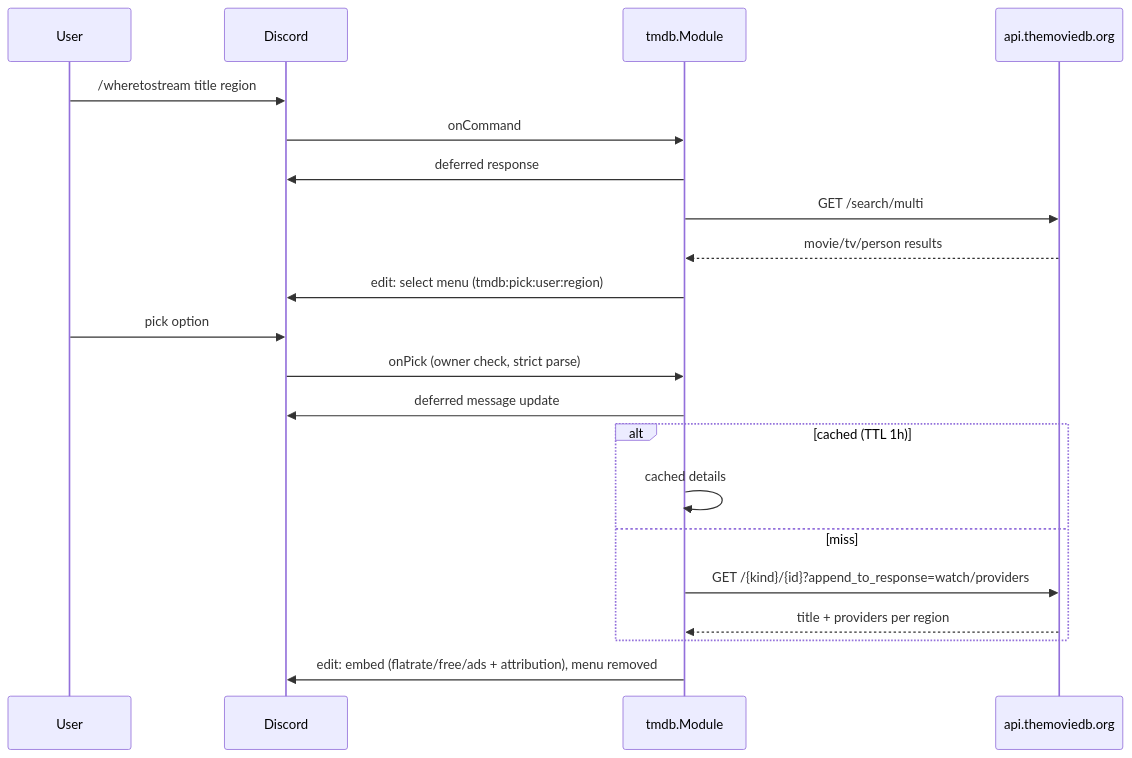
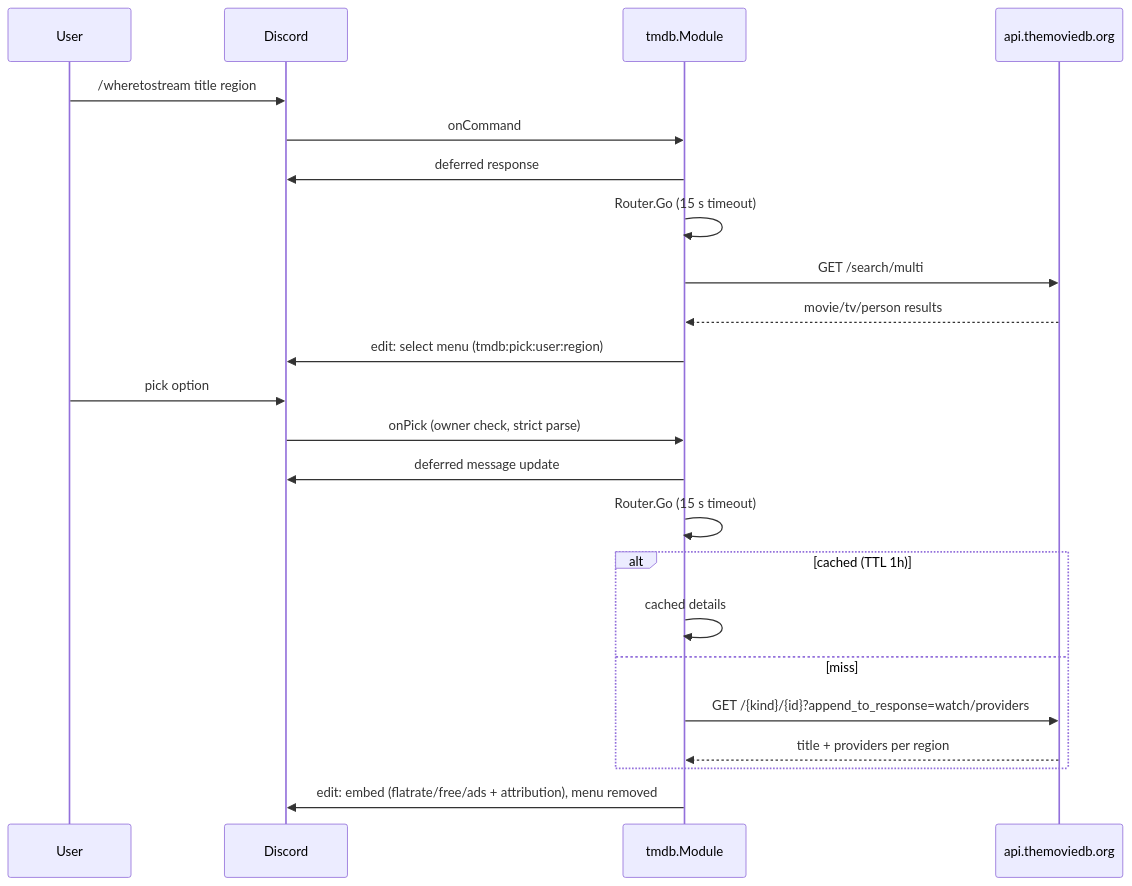
The diagram in docs/modules/tmdb.md (toksikk/gidbig), drawn with Mermaid before and after one commit. The commit also changed other lines of this file and 7 other files, not shown here.

````diff
--- a/docs/modules/tmdb.md
+++ b/docs/modules/tmdb.md
@@ -43,24 +44,26 @@
 ```mermaid
 sequenceDiagram
     participant U as User
     participant D as Discord
     participant M as tmdb.Module
     participant T as api.themoviedb.org
 
     U->>D: /wheretostream title region
     D->>M: onCommand
     M->>D: deferred response
+    M->>M: Router.Go (15 s timeout)
     M->>T: GET /search/multi
     T-->>M: movie/tv/person results
     M->>D: edit: select menu (tmdb:pick:user:region)
     U->>D: pick option
     D->>M: onPick (owner check, strict parse)
     M->>D: deferred message update
+    M->>M: Router.Go (15 s timeout)
     alt cached (TTL 1h)
         M->>M: cached details
     else miss
         M->>T: GET /{kind}/{id}?append_to_response=watch/providers
         T-->>M: title + providers per region
     end
     M->>D: edit: embed (flatrate/free/ads + attribution), menu removed
 ```
````
